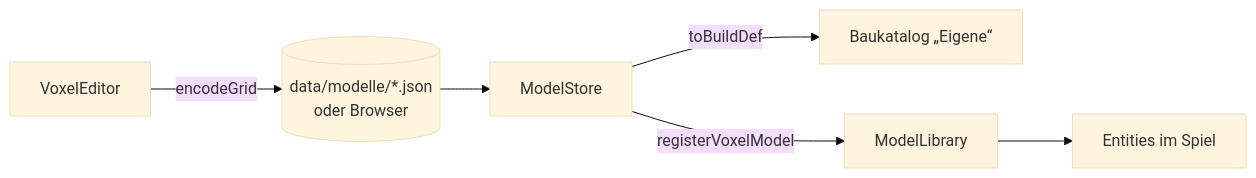
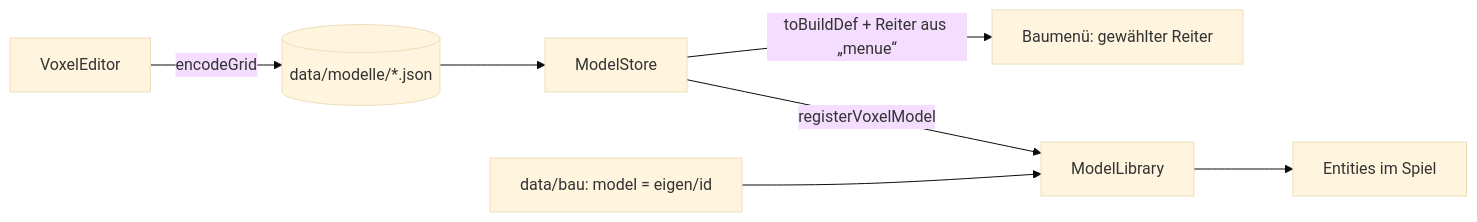
Before and after one commit to Hobix0/PocketSim: the ninth of 9 diagrams in README.md, drawn with Mermaid (base theme). The commit also changed other lines of this file and 17 other files, not shown here.

First line of the commit message:
Voxel-Editor als Entwicklerwerkzeug: Formen, Spiegeln, Schnitt, Reiter im Baumenü

````diff
--- a/README.md
+++ b/README.md
@@ -375,8 +424,9 @@
 ```mermaid
 flowchart LR
-  ED[VoxelEditor] -->|encodeGrid| F[(data/modelle/*.json<br>oder Browser)]
+  ED[VoxelEditor] -->|encodeGrid| F[(data/modelle/*.json)]
   F --> MS[ModelStore]
-  MS -->|toBuildDef| BAU[Baukatalog „Eigene“]
+  MS -->|toBuildDef + Reiter aus „menue“| BAU[Baumenü: gewählter Reiter]
   MS -->|registerVoxelModel| ML[ModelLibrary]
+  DB[data/bau: model = eigen/id] --> ML
   ML --> SPIEL[Entities im Spiel]
 ```
````
